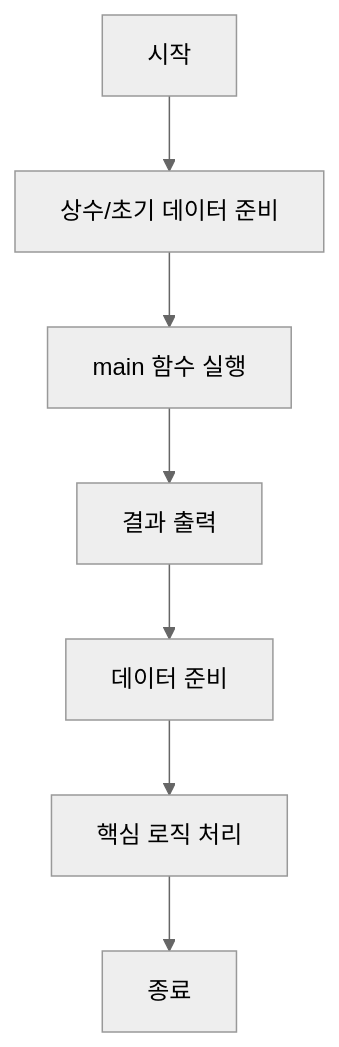
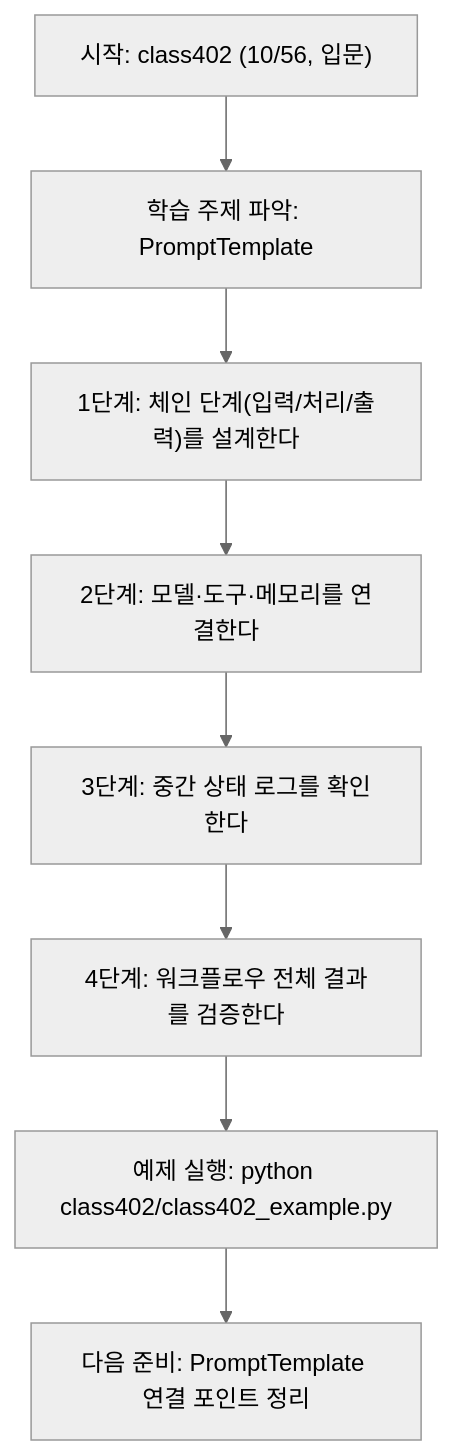
One commit to edumgt/Python-AI_Agent-Class changed the diagram in class402/class402.md. Above: the diagram before and after it, drawn with Mermaid (neutral theme). The commit also changed other lines of this file and 1012 other files, not shown here.

````diff
--- a/class402/class402.md
+++ b/class402/class402.md
@@ -63,10 +79,18 @@
 ```mermaid
-graph TD
-    N1[시작]
-    N1 --> N2[상수/초기 데이터 준비]
-    N2 --> N3[main 함수 실행]
-    N3 --> N4[결과 출력]
-    N4 --> N5[데이터 준비]
-    N5 --> N6[핵심 로직 처리]
-    N6 --> N7[종료]
+flowchart TD
+N1["시작: class402 (10/56, 입문)"]
+N2["학습 주제 파악: PromptTemplate"]
+N3["1단계: 체인 단계(입력/처리/출력)를 설계한다"]
+N4["2단계: 모델·도구·메모리를 연결한다"]
+N5["3단계: 중간 상태 로그를 확인한다"]
+N6["4단계: 워크플로우 전체 결과를 검증한다"]
+N7["예제 실행: python class402/class402_example.py"]
+N8["다음 준비: PromptTemplate 연결 포인트 정리"]
+N1 --> N2
+N2 --> N3
+N3 --> N4
+N4 --> N5
+N5 --> N6
+N6 --> N7
+N7 --> N8
 ```
````
